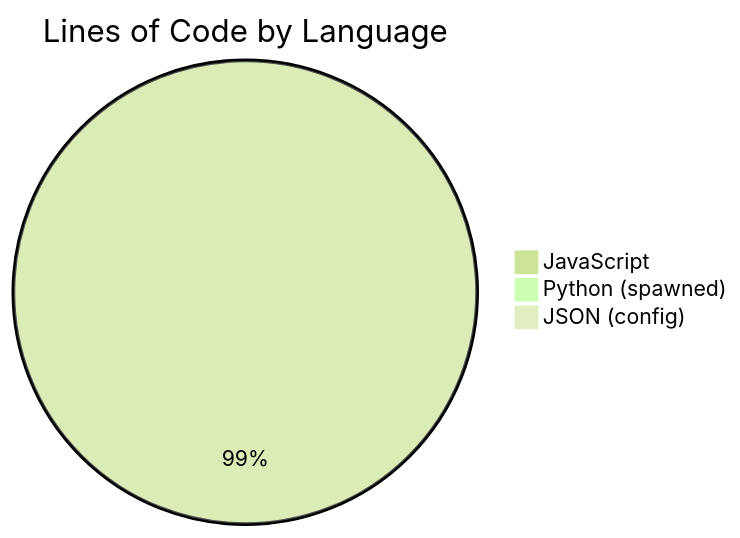
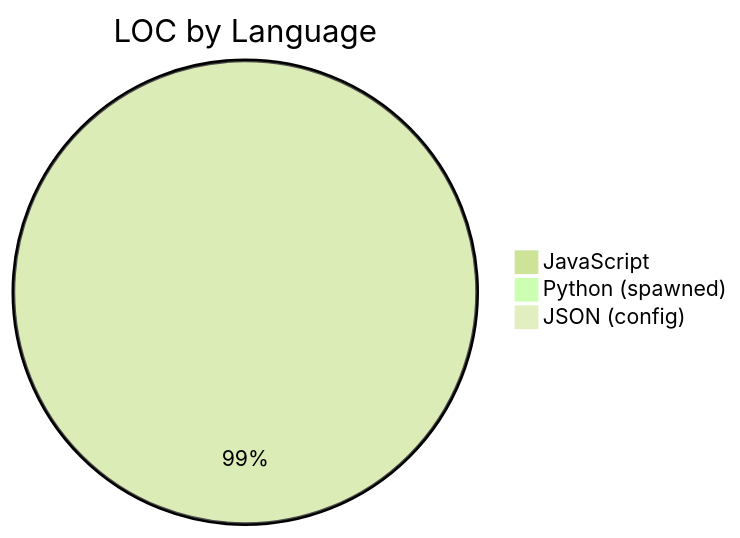
One commit to NE2KO/Neko2Neko changed diagram 30 of 35 in TECHNICAL_DOCUMENTATION.md. Above: the diagram before and after it, drawn with Mermaid (forest theme). The commit also changed other lines of this file, not shown here.

Commit message:
fix: remove docker from network flow, clean charts, fix mermaid parse error

````diff
--- a/TECHNICAL_DOCUMENTATION.md
+++ b/TECHNICAL_DOCUMENTATION.md
@@ -2274,6 +2257,6 @@
 ```mermaid
-pie title Lines of Code by Language
+pie title LOC by Language
     "JavaScript" : 49902
     "Python (spawned)" : 300
     "JSON (config)" : 94
 ```
````
